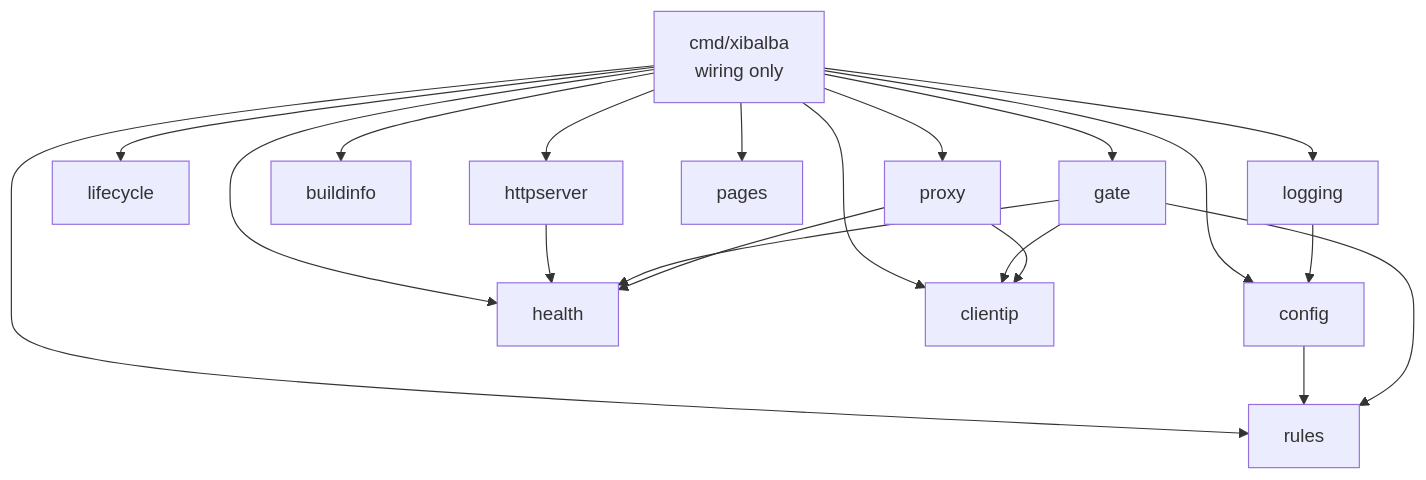
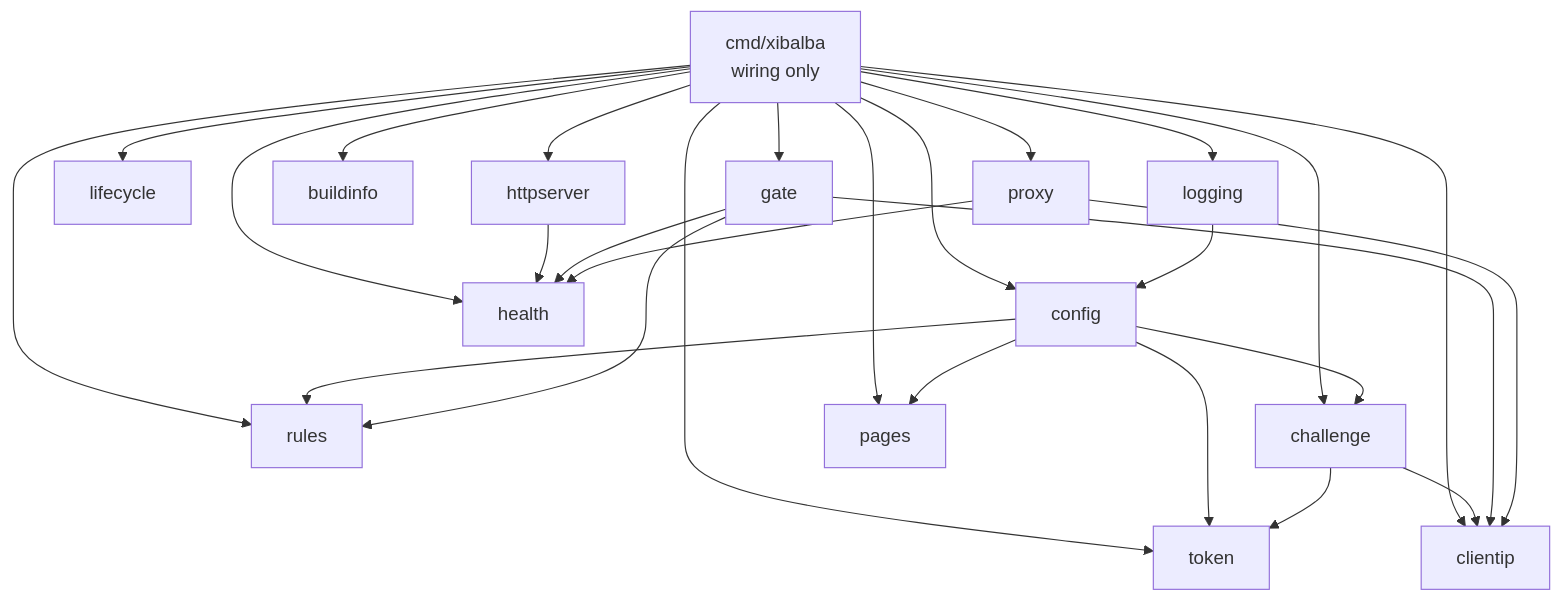
Before and after one commit to MaMoja/xibalba: the first of 2 diagrams in docs/ARCHITECTURE.md, drawn with Mermaid. The commit also changed other lines of this file and 31 other files, not shown here.

````diff
--- a/docs/ARCHITECTURE.md
+++ b/docs/ARCHITECTURE.md
@@ -26,22 +26,29 @@
 ```mermaid
 flowchart TD
     main[cmd/xibalba<br>wiring only] --> config
     main --> logging
     main --> lifecycle
     main --> health
     main --> httpserver
     main --> buildinfo
     main --> clientip
     main --> rules
+    main --> token
+    main --> challenge
     main --> gate
     main --> pages
     main --> proxy
     logging --> config
     config --> rules
     httpserver --> health
+    config --> pages
+    config --> challenge
+    config --> token
+    challenge --> token
+    challenge --> clientip
     gate --> rules
     gate --> clientip
     gate --> health
     proxy --> health
     proxy --> clientip
 ```
````
